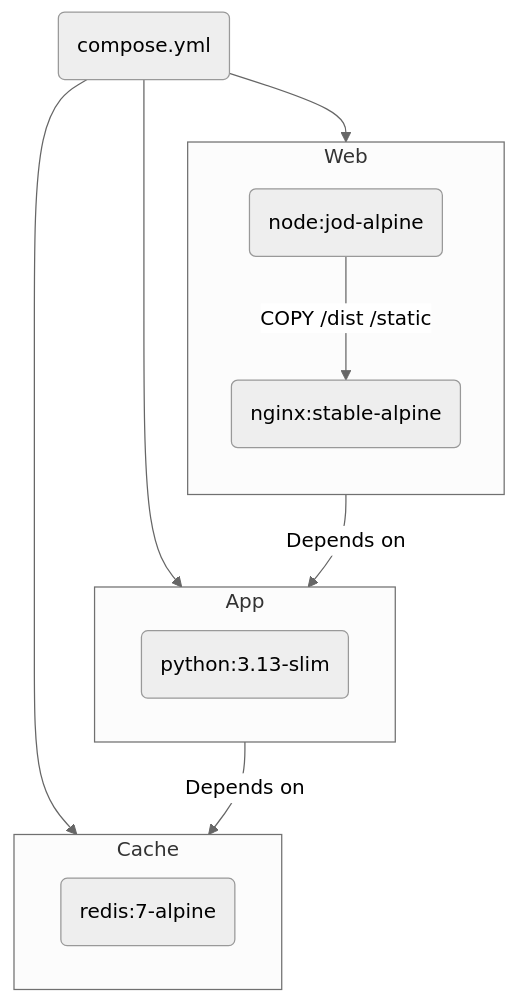
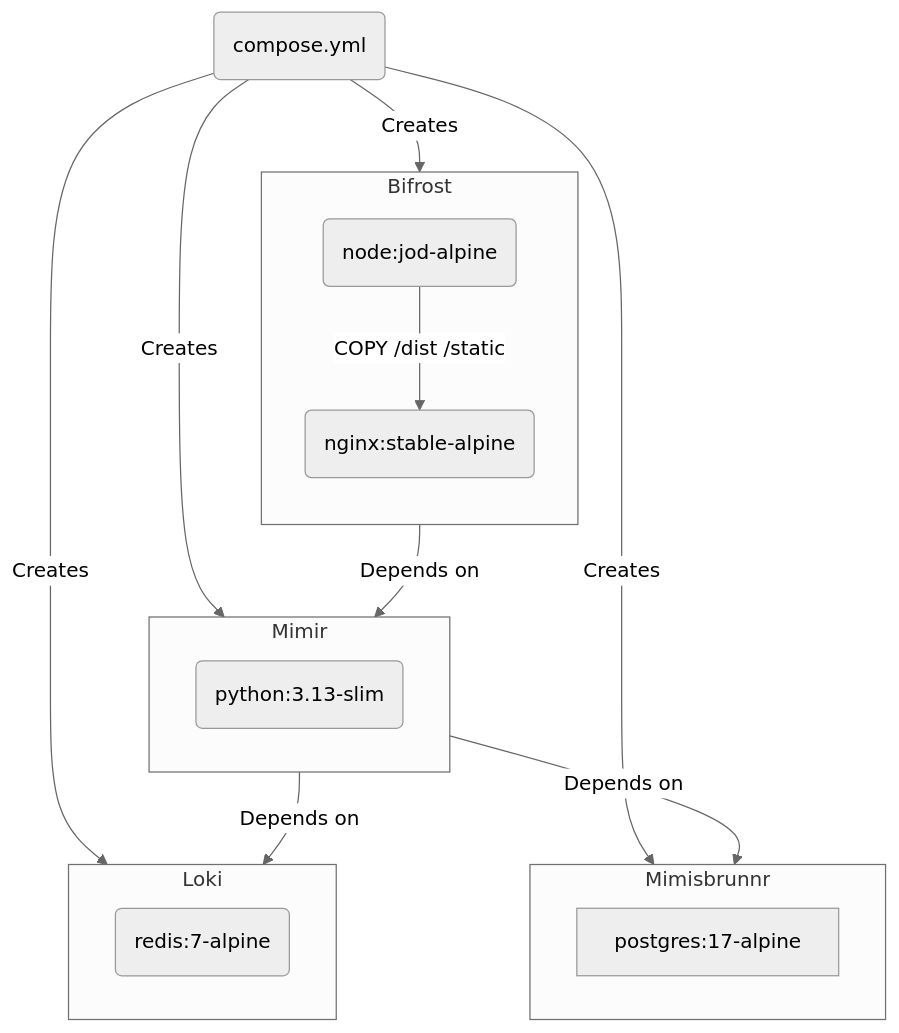
Before and after one commit to matthew-shaw/conflux: the first of 2 diagrams in README.md, drawn with Mermaid (neutral theme). The commit also changed other lines of this file, not shown here.

Commit message:
update diagrams

````diff
--- a/README.md
+++ b/README.md
@@ -62,25 +62,29 @@
 ```mermaid
 flowchart TB
     compose(compose.yml)
     nginx(nginx:stable-alpine)
     node(node:jod-alpine)
     python(python:3.13-slim)
     redis(redis:7-alpine)
 
-    compose --> App & Cache & Web
-    App -- Depends on --> Cache
-    Web -- Depends on --> App
+    compose -- Creates --> Mimir & Loki & Bifrost & Mimisbrunnr
+    Mimir -- Depends on --> Loki & Mimisbrunnr
+    Bifrost -- Depends on --> Mimir
 
-    subgraph App
+    subgraph Mimir
         python
     end
 
-    subgraph Cache
+    subgraph Mimisbrunnr
+        postgres:17-alpine
+    end
+
+    subgraph Loki
         redis
     end
 
-    subgraph Web
+    subgraph Bifrost
         direction TB
         node -- COPY /dist /static --> nginx
     end
 ```
````
